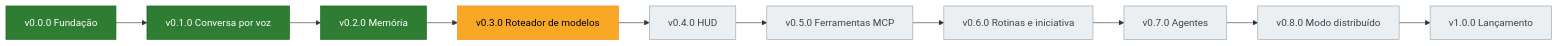
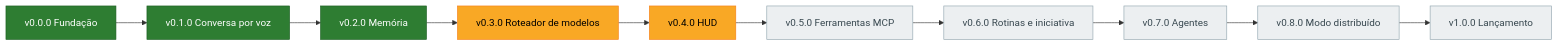
One commit to Gabitoprof/Nora changed the second of 4 diagrams in docs/MAPA_MENTAL.md. Above: the diagram before and after it, drawn with Mermaid. The commit also changed other lines of this file and 38 other files, not shown here.

````diff
--- a/docs/MAPA_MENTAL.md
+++ b/docs/MAPA_MENTAL.md
@@ -110,16 +112,16 @@
 ```mermaid
 flowchart LR
   v00["v0.0.0 Fundação"]:::done --> v01["v0.1.0 Conversa por voz"]:::done
   v01 --> v02["v0.2.0 Memória"]:::done
   v02 --> v03["v0.3.0 Roteador de modelos"]:::doing
-  v03 --> v04["v0.4.0 HUD"]:::pend
+  v03 --> v04["v0.4.0 HUD"]:::doing
   v04 --> v05["v0.5.0 Ferramentas MCP"]:::pend
   v05 --> v06["v0.6.0 Rotinas e iniciativa"]:::pend
   v06 --> v07["v0.7.0 Agentes"]:::pend
   v07 --> v08["v0.8.0 Modo distribuído"]:::pend
   v08 --> v10["v1.0.0 Lançamento"]:::pend
 
   classDef done fill:#2e7d32,stroke:#1b5e20,color:#fff
   classDef doing fill:#f9a825,stroke:#f57f17,color:#000
   classDef pend fill:#eceff1,stroke:#90a4ae,color:#37474f
 ```
````
